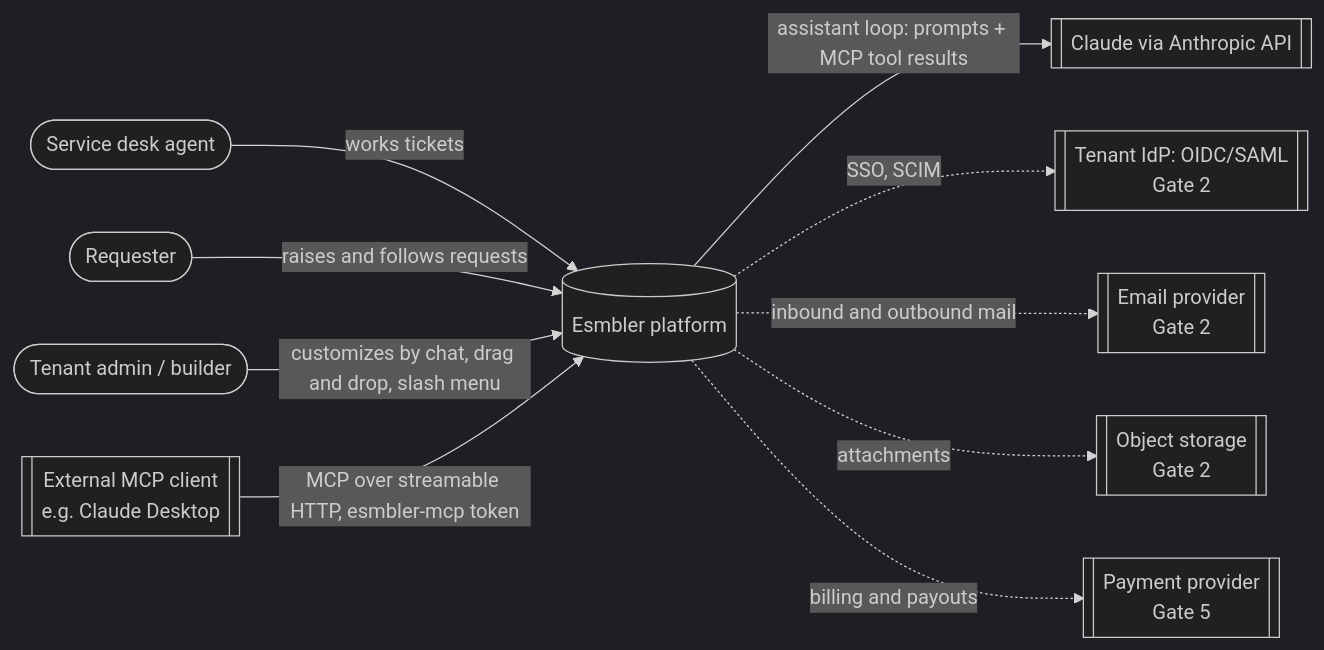
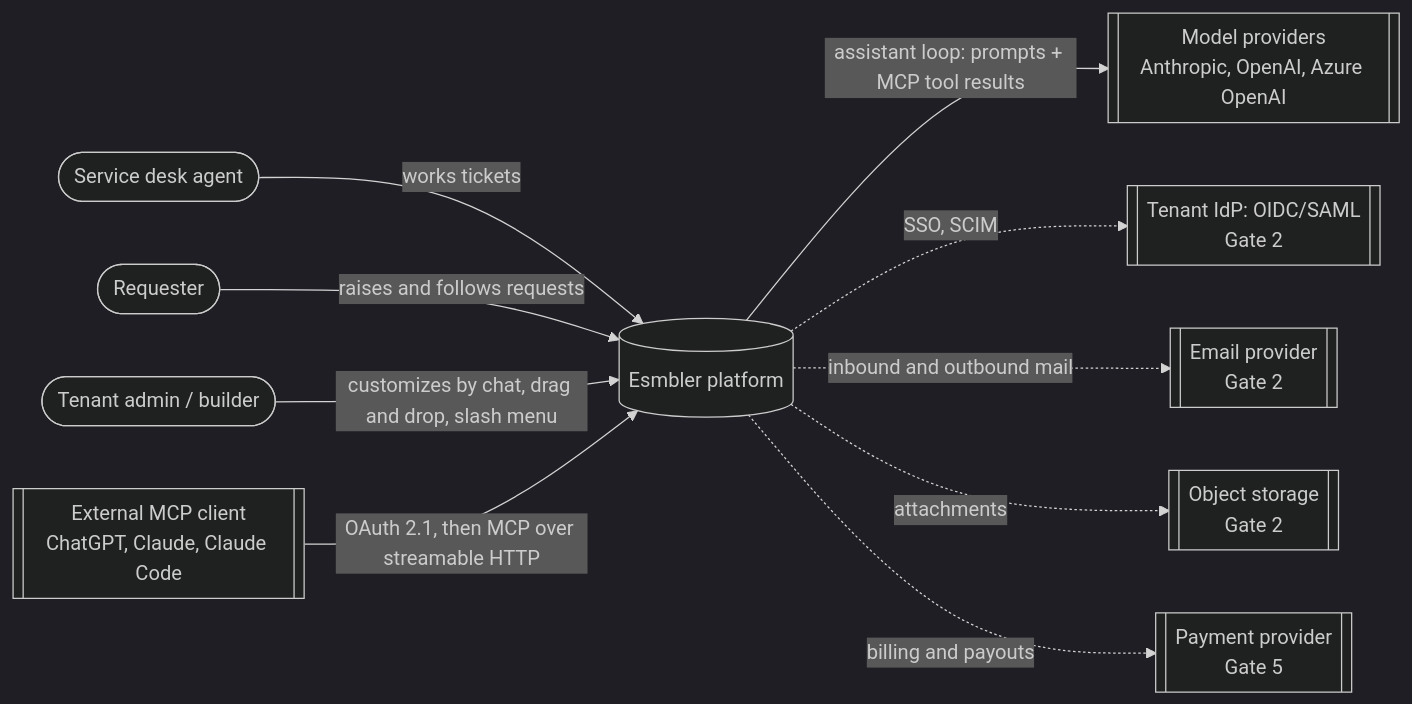
Before and after one commit to DeadEndGG/esmbler: the first of 7 diagrams in docs/architecture/overview.md, drawn with Mermaid (dark theme). The commit also changed other lines of this file and 15 other files, not shown here.

First line of the commit message:
docs: close G2-M20 multiple AI providers and external assistants (REQ-AI-005, REQ-AI-006, REQ-AUTHZ-007, REQ-AISAFE-003, REQ-AISAFE-004)

````diff
--- a/docs/architecture/overview.md
+++ b/docs/architecture/overview.md
@@ -39,23 +39,23 @@
 ```mermaid
 flowchart LR
     agent([Service desk agent])
     requester([Requester])
     admin([Tenant admin / builder])
-    claude[[Claude via Anthropic API]]
-    extmcp[[External MCP client<br/>e.g. Claude Desktop]]
+    claude[[Model providers<br/>Anthropic, OpenAI, Azure OpenAI]]
+    extmcp[[External MCP client<br/>ChatGPT, Claude, Claude Code]]
     esm[(Esmbler platform)]
     idp[[Tenant IdP: OIDC/SAML<br/>Gate 2]]
     email[[Email provider<br/>Gate 2]]
     storage[[Object storage<br/>Gate 2]]
     pay[[Payment provider<br/>Gate 5]]
 
     agent -- works tickets --> esm
     requester -- raises and follows requests --> esm
     admin -- customizes by chat, drag and drop, slash menu --> esm
     esm -- assistant loop: prompts + MCP tool results --> claude
-    extmcp -- MCP over streamable HTTP, esmbler-mcp token --> esm
+    extmcp -- OAuth 2.1, then MCP over streamable HTTP --> esm
     esm -. SSO, SCIM .-> idp
     esm -. inbound and outbound mail .-> email
     esm -. attachments .-> storage
     esm -. billing and payouts .-> pay
 ```
````
